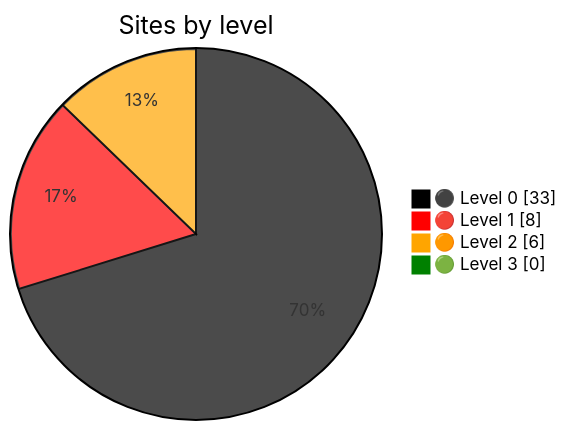
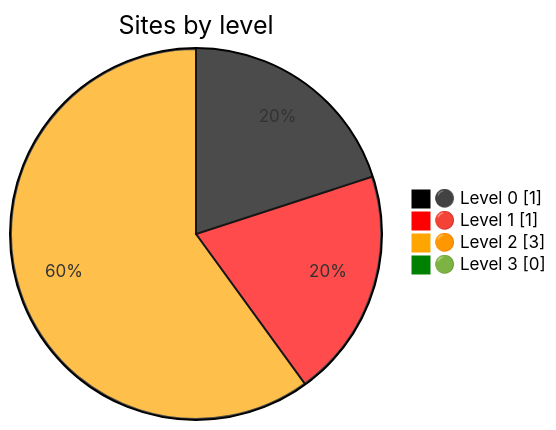
One commit to MalinrRuwan/gov_lk_web_auditor changed the diagram in README.md. Above: the diagram before and after it, drawn with Mermaid. The commit also changed other lines of this file and 91 other files, not shown here.

````diff
--- a/README.md
+++ b/README.md
@@ -24,9 +24,9 @@
 ```mermaid
 %%{init: {"themeVariables":{"pie1":"black","pie2":"red","pie3":"orange","pie4":"green"}}}%%
 pie showData
     title Sites by level
-    "⚫ Level 0" : 33
-    "🔴 Level 1" : 8
-    "🟠 Level 2" : 6
+    "⚫ Level 0" : 1
+    "🔴 Level 1" : 1
+    "🟠 Level 2" : 3
     "🟢 Level 3" : 0
 ```
````
